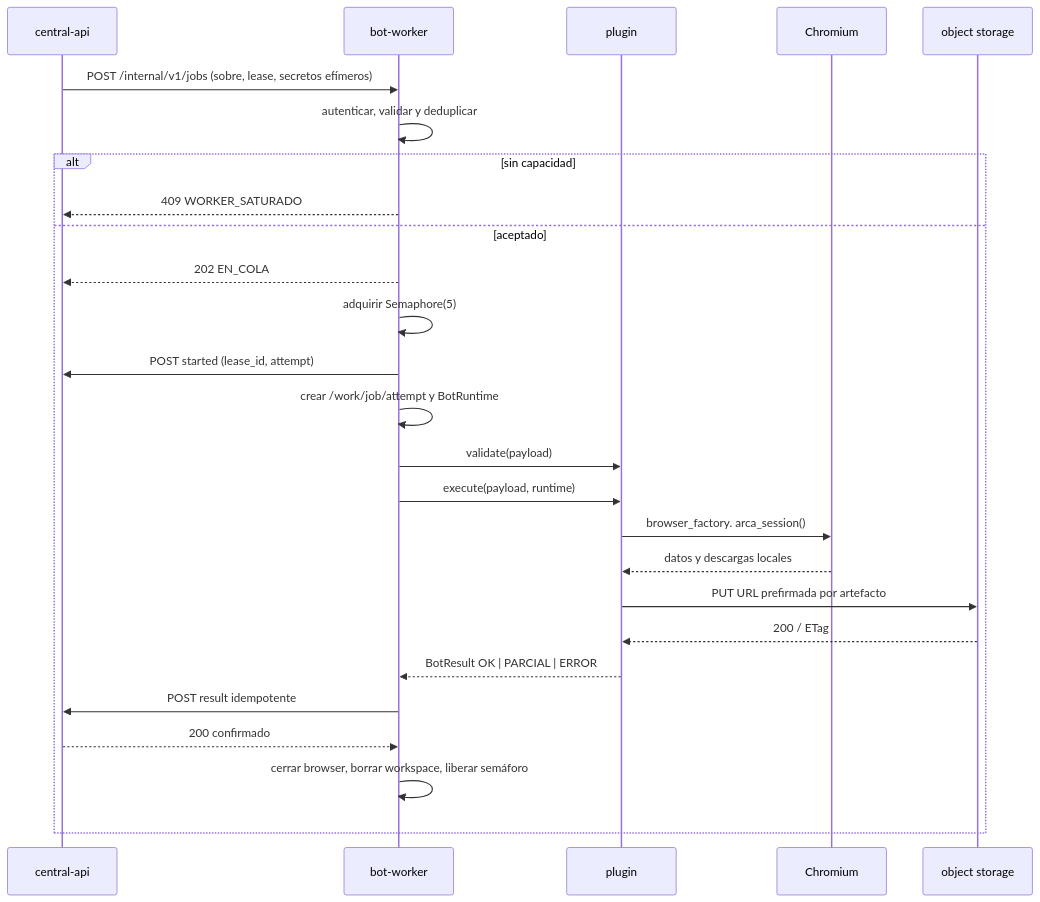
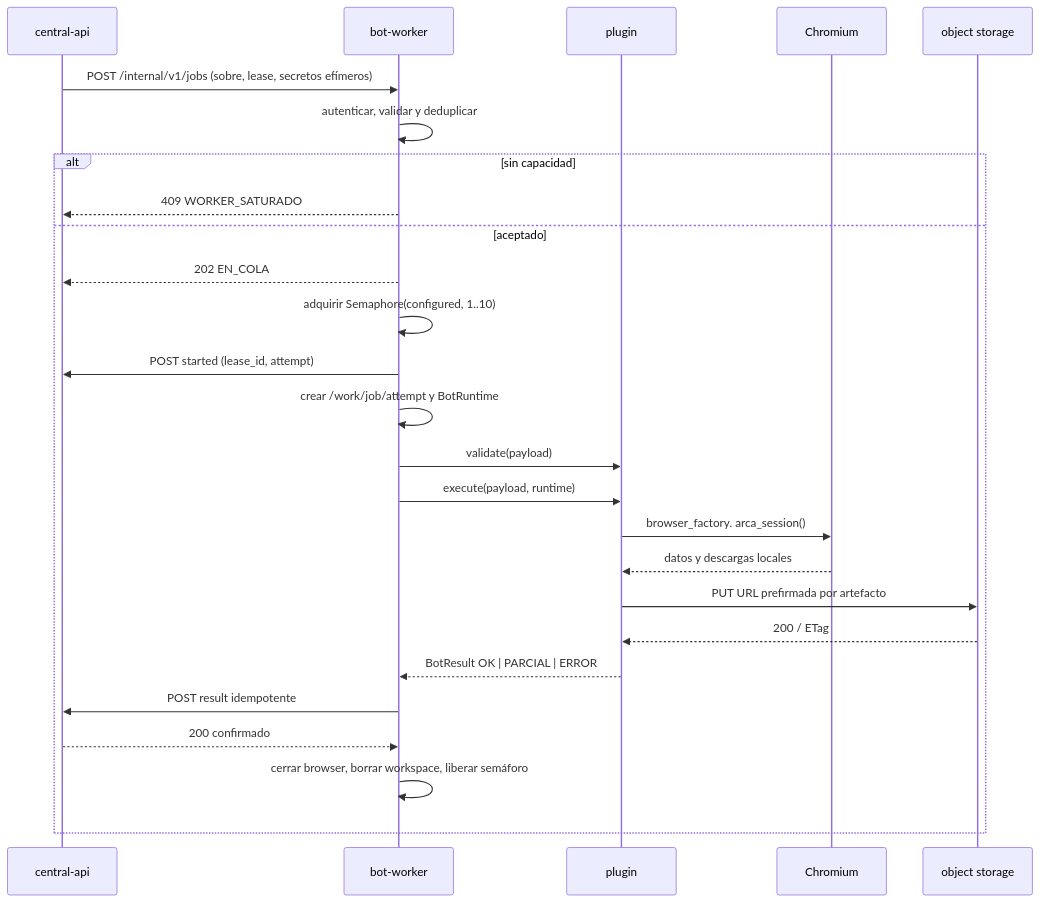
The first of 2 diagrams in plans/03-worker/plan.md (abustosp/api-bots-mrbot-v3), drawn with Mermaid before and after one commit. The commit also changed other lines of this file and 46 other files, not shown here.

````diff
--- a/plans/03-worker/plan.md
+++ b/plans/03-worker/plan.md
@@ -729,29 +730,29 @@
 ```mermaid
 sequenceDiagram
     participant A as central-api
     participant W as bot-worker
     participant P as plugin
     participant B as Chromium
     participant O as object storage
 
     A->>W: POST /internal/v1/jobs (sobre, lease, secretos efímeros)
     W->>W: autenticar, validar y deduplicar
     alt sin capacidad
         W-->>A: 409 WORKER_SATURADO
     else aceptado
         W-->>A: 202 EN_COLA
-        W->>W: adquirir Semaphore(5)
+        W->>W: adquirir Semaphore(configured, 1..10)
         W->>A: POST started (lease_id, attempt)
         W->>W: crear /work/job/attempt y BotRuntime
         W->>P: validate(payload)
         W->>P: execute(payload, runtime)
         P->>B: browser_factory. arca_session()
         B-->>P: datos y descargas locales
         P->>O: PUT URL prefirmada por artefacto
         O-->>P: 200 / ETag
         P-->>W: BotResult OK | PARCIAL | ERROR
         W->>A: POST result idempotente
         A-->>W: 200 confirmado
         W->>W: cerrar browser, borrar workspace, liberar semáforo
     end
 ```
````
